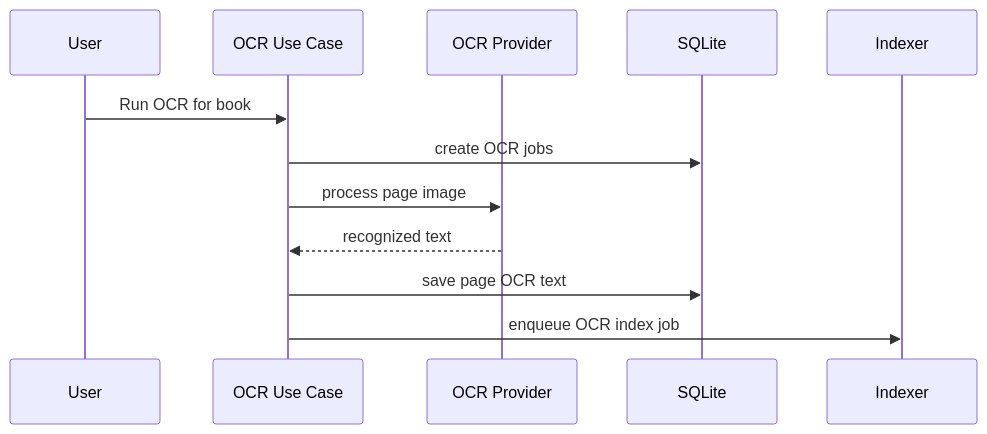
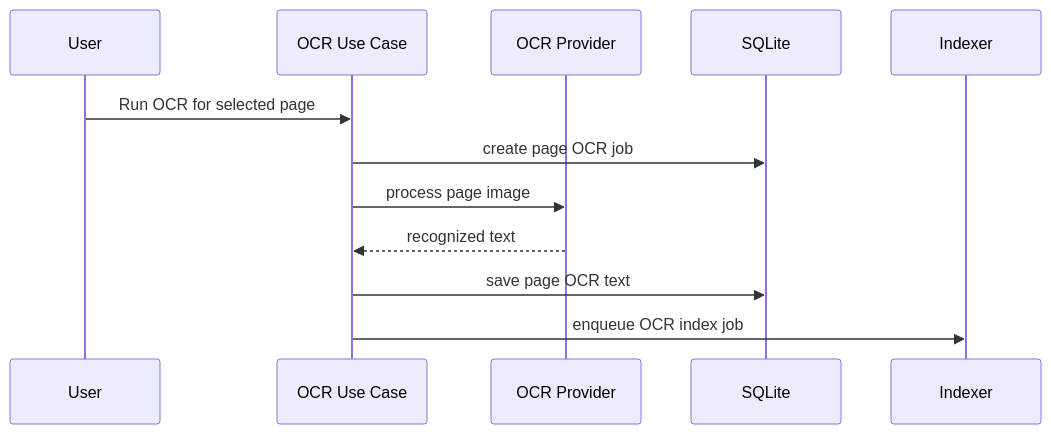
One commit to vuthanhdat/book-library changed the diagram in docs/07-ai/ocr.md. Above: the diagram before and after it, drawn with Mermaid. The commit also changed other lines of this file and 39 other files, not shown here.

````diff
--- a/docs/07-ai/ocr.md
+++ b/docs/07-ai/ocr.md
@@ -32,15 +53,15 @@
 ```mermaid
 sequenceDiagram
     participant User
     participant App as OCR Use Case
     participant Provider as OCR Provider
     participant DB as SQLite
     participant Search as Indexer
 
-    User->>App: Run OCR for book
-    App->>DB: create OCR jobs
+    User->>App: Run OCR for selected page
+    App->>DB: create page OCR job
     App->>Provider: process page image
     Provider-->>App: recognized text
     App->>DB: save page OCR text
     App->>Search: enqueue OCR index job
 ```
````
